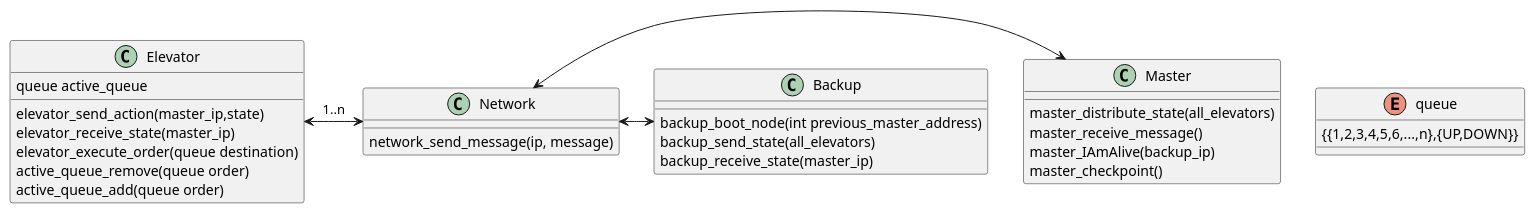
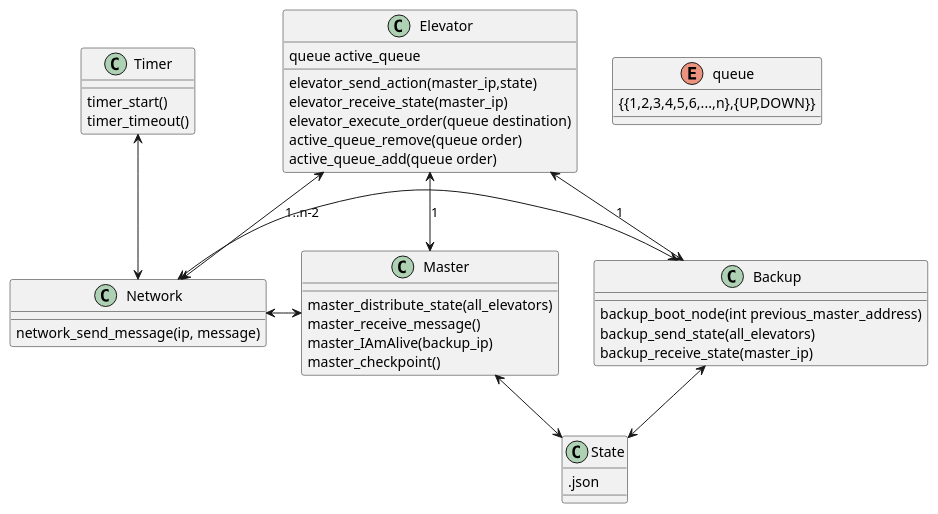
The diagram in Design/interaksjon.plantuml (eivindhstray/Sanntid), drawn with PlantUML before and after one commit. The commit also changed 8 other files, not shown here.

Commit message:
added visual diagrams

```diff
--- a/Design/interaksjon.plantuml
+++ b/Design/interaksjon.plantuml
@@ -1,41 +1,52 @@
 @startuml
 
 class Elevator  {
     queue active_queue
     elevator_send_action(master_ip,state)
     elevator_receive_state(master_ip)
     elevator_execute_order(queue destination)
     active_queue_remove(queue order)
     active_queue_add(queue order)
 }
 class Master{
     master_distribute_state(all_elevators)
     master_receive_message()
     master_IAmAlive(backup_ip)
     master_checkpoint()
 }
 class Network{
     network_send_message(ip, message)
 }
 
 class Backup{
     backup_boot_node(int previous_master_address)
     backup_send_state(all_elevators)
     backup_receive_state(master_ip)
 }
 
+class State{
+    .json
+}
+
+class Timer{
+    timer_start()
+    timer_timeout()
+}
 
 
 enum queue {
     {{1,2,3,4,5,6,...,n},{UP,DOWN}}
 }
 
-Elevator  <-> Network: 1..n
+Elevator  <-> Network: 1..n-2
 Network <-> Master
 Network <-> Backup
-
-
+Backup <--> Elevator : 1
+Master <--> Elevator : 1
+Master <--> State
+Backup <--> State
+Timer<--> Network
 
 
 
 @enduml
```
